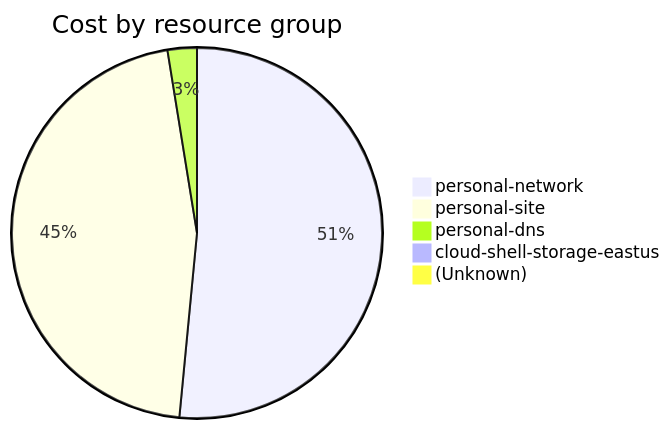
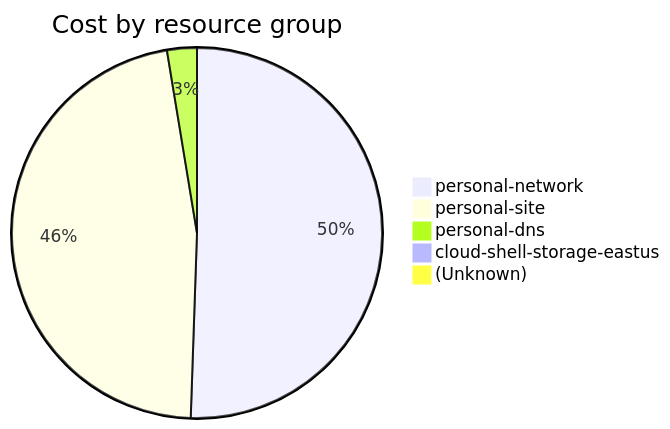
The fourth of 4 diagrams in cost-reports/accumulated-cost.md (jpfulton/azure-personal-reports), drawn with Mermaid before and after one commit. The commit also changed other lines of this file and 4 other files, not shown here.

````diff
--- a/cost-reports/accumulated-cost.md
+++ b/cost-reports/accumulated-cost.md
@@ -155,9 +155,9 @@
 ```mermaid
 pie
    title Cost by resource group
    "personal-network" : 15.94
-   "personal-site" : 14.21
-   "personal-dns" : 0.79
-   "cloud-shell-storage-eastus" : 0.23
+   "personal-site" : 14.78
+   "personal-dns" : 0.82
+   "cloud-shell-storage-eastus" : 0.24
    "(Unknown)" : 0.10
 ```
````
